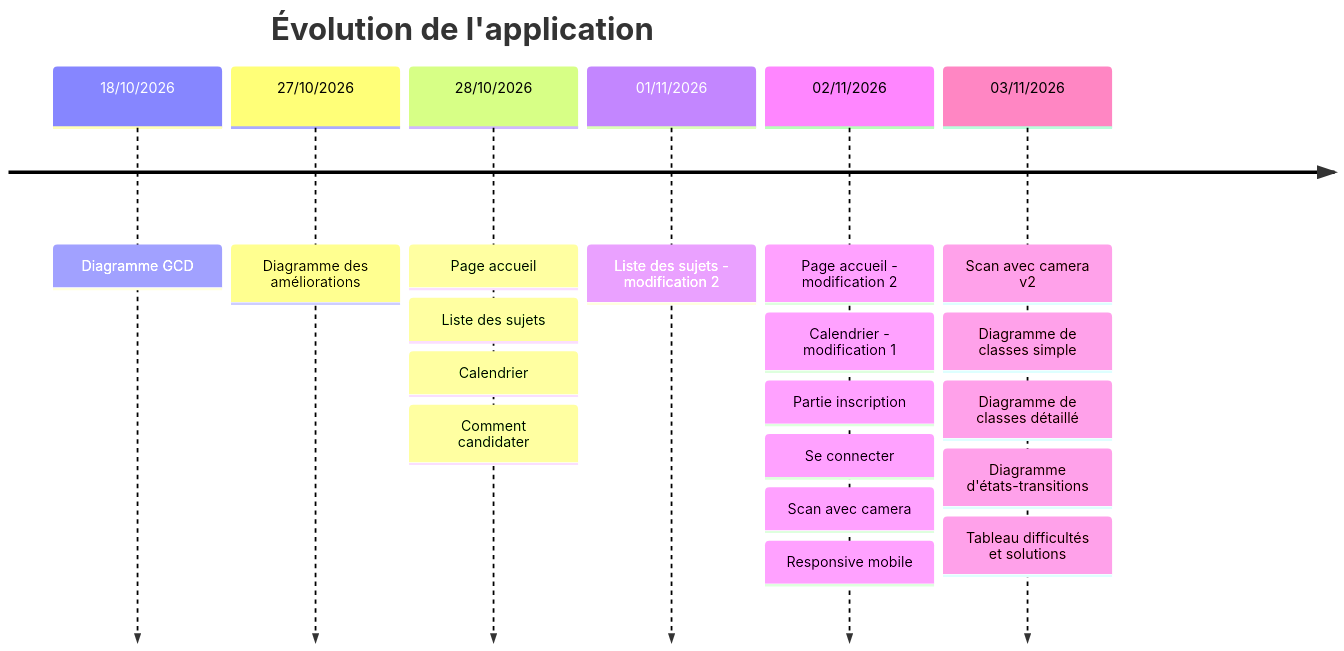
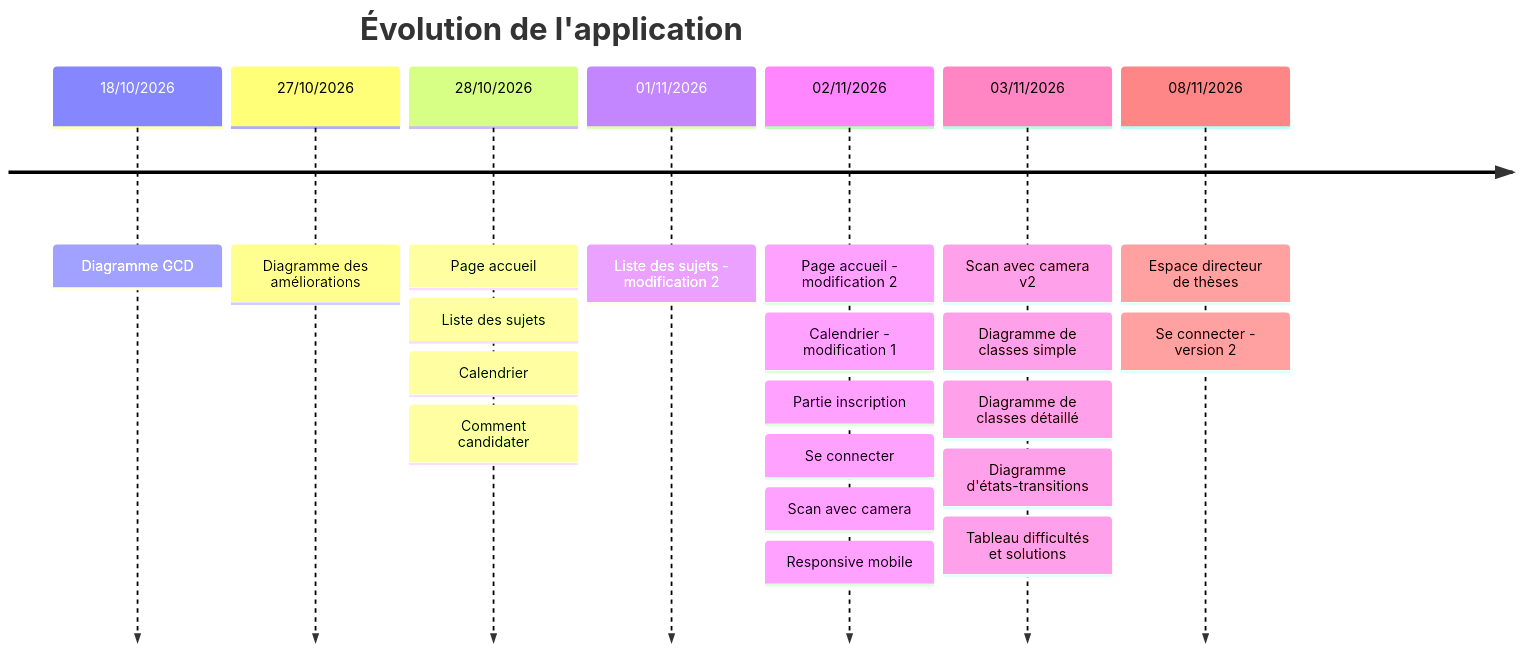
The diagram in README.md (ElmoufaouedAya/TP_Dev_Logicielle), drawn with Mermaid before and after one commit. The commit also changed other lines of this file, not shown here.

````diff
--- a/README.md
+++ b/README.md
@@ -7,10 +7,11 @@
 ```mermaid
 timeline
     title Évolution de l'application
     18/10/2026 : Diagramme GCD
     27/10/2026 : Diagramme des améliorations
     28/10/2026 : Page accueil : Liste des sujets : Calendrier : Comment candidater
     01/11/2026 : Liste des sujets - modification 2
     02/11/2026 : Page accueil - modification 2 : Calendrier - modification 1 : Partie inscription : Se connecter : Scan avec camera : Responsive mobile
     03/11/2026 : Scan avec camera v2 : Diagramme de classes simple : Diagramme de classes détaillé : Diagramme d'états-transitions : Tableau difficultés et solutions
+    08/11/2026 : Espace directeur de thèses : Se connecter - version 2
 ```
````
